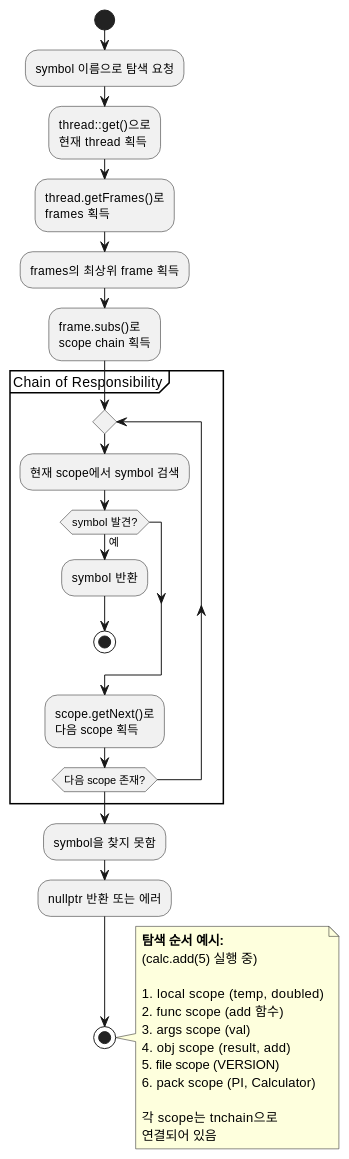
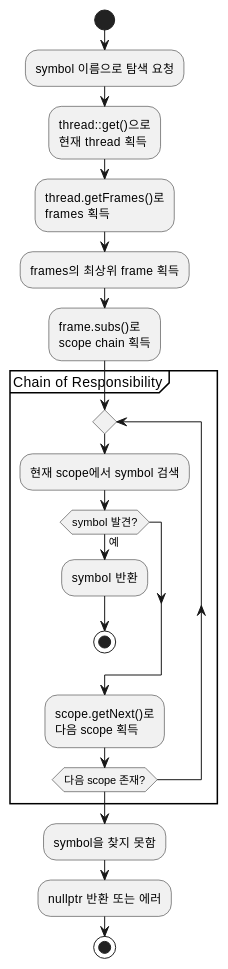
Before and after one commit to byeolang/byeol: diagram 12 of 19 in doc/ref/ko/ai-architecture-core.md, drawn with PlantUML. The commit also changed other lines of this file, not shown here.

```diff
--- a/doc/ref/ko/ai-architecture-core.md
+++ b/doc/ref/ko/ai-architecture-core.md
@@ -2668,49 +2516,33 @@
 @startuml
 start
 
 :symbol 이름으로 탐색 요청;
 
 :thread::get()으로\n현재 thread 획득;
 
 :thread.getFrames()로\nframes 획득;
 
 :frames의 최상위 frame 획득;
 
 :frame.subs()로\nscope chain 획득;
 
 partition "Chain of Responsibility" {
     repeat
         :현재 scope에서 symbol 검색;
 
         if (symbol 발견?) then (예)
             :symbol 반환;
             stop
         endif
 
         :scope.getNext()로\n다음 scope 획득;
 
     repeat while (다음 scope 존재?)
 }
 
 :symbol을 찾지 못함;
 
 :nullptr 반환 또는 에러;
 
 stop
-
-note right
-  <b>탐색 순서 예시:</b>
-  (calc.add(5) 실행 중)
-
-  1. local scope (temp, doubled)
-  2. func scope (add 함수)
-  3. args scope (val)
-  4. obj scope (result, add)
-  5. file scope (VERSION)
-  6. pack scope (PI, Calculator)
-
-  각 scope는 tnchain으로
-  연결되어 있음
-end note
-
 @enduml
```
